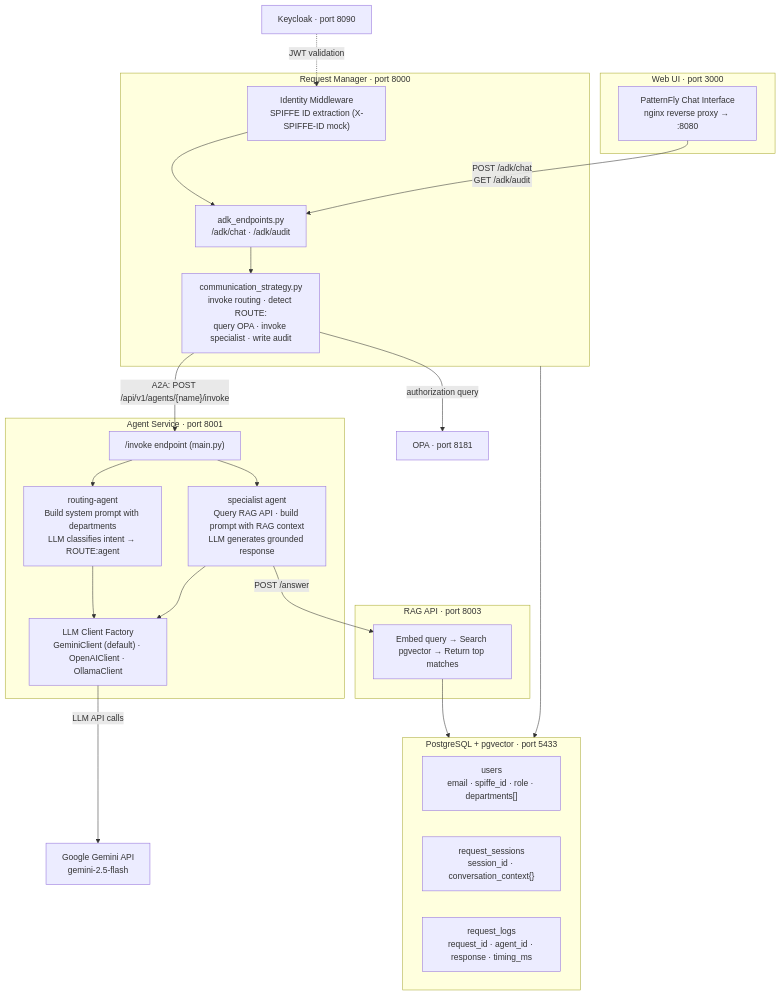
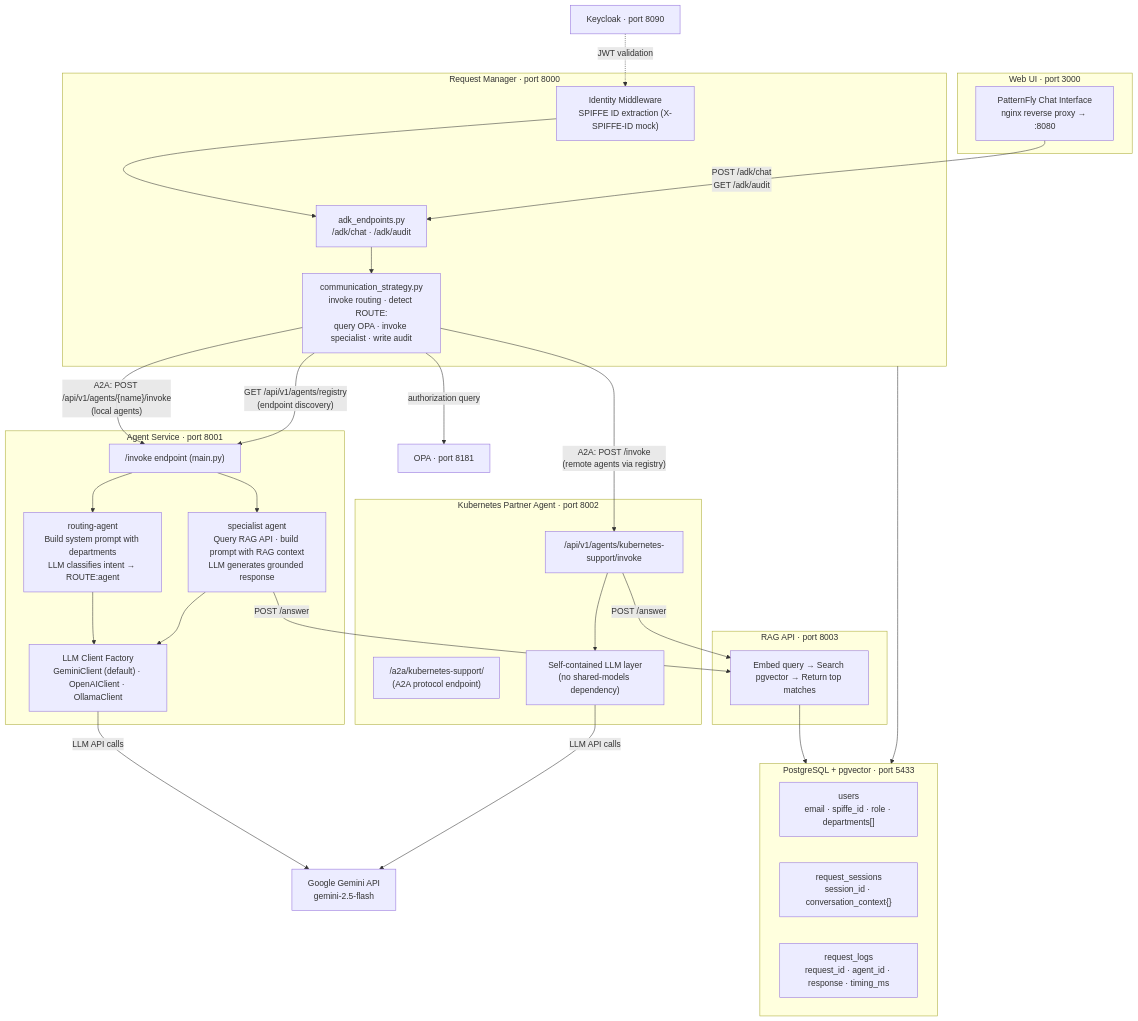
Before and after one commit to rh-ai-quickstart/agentic-partners-integration: the first of 4 diagrams in docs/architecture.md, drawn with Mermaid. The commit also changed other lines of this file and 120 other files, not shown here.

First line of the commit message:
Add Kubernetes partner agent (remote) and fix all test warnings

````diff
--- a/docs/architecture.md
+++ b/docs/architecture.md
@@ -5,46 +5,57 @@
 ```mermaid
 flowchart TB
     subgraph ui["Web UI · port 3000"]
         nginx["PatternFly Chat Interface\nnginx reverse proxy → :8080"]
     end
 
     subgraph rm["Request Manager · port 8000"]
         identity["Identity Middleware\nSPIFFE ID extraction (X-SPIFFE-ID mock)"]
         adk["adk_endpoints.py\n/adk/chat · /adk/audit"]
         strategy["communication_strategy.py\ninvoke routing · detect ROUTE:\nquery OPA · invoke specialist · write audit"]
         identity --> adk --> strategy
     end
 
     subgraph as["Agent Service · port 8001"]
         invoke["/invoke endpoint (main.py)"]
         routing["routing-agent\nBuild system prompt with departments\nLLM classifies intent → ROUTE:agent"]
         specialist["specialist agent\nQuery RAG API · build prompt with RAG context\nLLM generates grounded response"]
         llm["LLM Client Factory\nGeminiClient (default) · OpenAIClient · OllamaClient"]
         invoke --> routing & specialist
         routing --> llm
         specialist --> llm
     end
 
+    subgraph k8s["Kubernetes Partner Agent · port 8002"]
+        k8s_invoke["/api/v1/agents/kubernetes-support/invoke"]
+        k8s_a2a["/a2a/kubernetes-support/\n(A2A protocol endpoint)"]
+        k8s_llm["Self-contained LLM layer\n(no shared-models dependency)"]
+        k8s_invoke --> k8s_llm
+    end
+
     subgraph rag["RAG API · port 8003"]
         ragapi["Embed query → Search pgvector → Return top matches"]
     end
 
     subgraph db["PostgreSQL + pgvector · port 5433"]
         users["users\nemail · spiffe_id · role · departments[]"]
         sessions["request_sessions\nsession_id · conversation_context{}"]
         logs["request_logs\nrequest_id · agent_id · response · timing_ms"]
     end
 
     gemini["Google Gemini API\ngemini-2.5-flash"]
     opa["OPA · port 8181"]
     keycloak["Keycloak · port 8090"]
 
     nginx -->|"POST /adk/chat\nGET /adk/audit"| adk
-    strategy -->|"A2A: POST /api/v1/agents/{name}/invoke"| invoke
+    strategy -->|"A2A: POST /api/v1/agents/{name}/invoke\n(local agents)"| invoke
+    strategy -->|"A2A: POST /invoke\n(remote agents via registry)"| k8s_invoke
+    strategy -->|"GET /api/v1/agents/registry\n(endpoint discovery)"| invoke
     strategy -->|"authorization query"| opa
     llm -->|"LLM API calls"| gemini
+    k8s_llm -->|"LLM API calls"| gemini
     specialist -->|"POST /answer"| ragapi
+    k8s_invoke -->|"POST /answer"| ragapi
     ragapi --> db
     rm --> db
     keycloak -.->|"JWT validation"| identity
 ```
````
